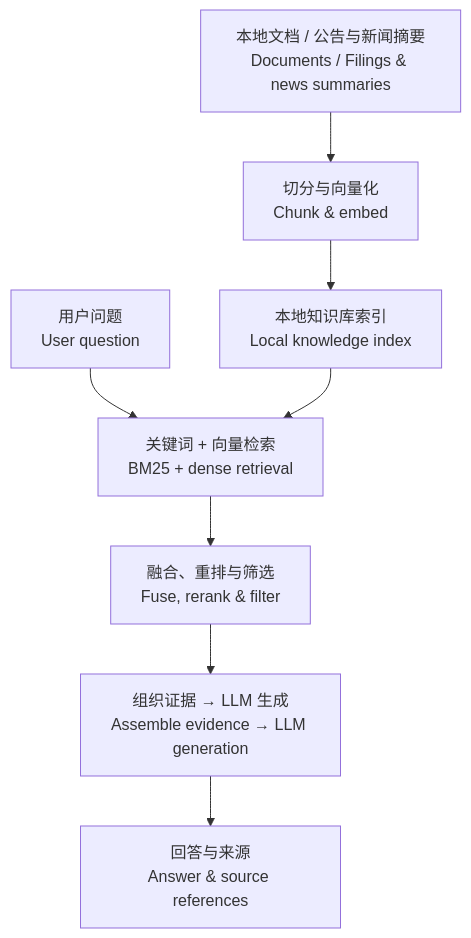
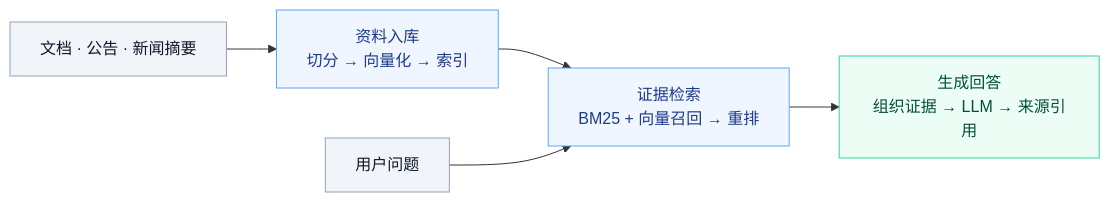
Before and after one commit to yang12345670/DeepSearch-Agent: the diagram in README.md, drawn with Mermaid. The commit also changed other lines of this file and 1 other file, not shown here.

````diff
--- a/README.md
+++ b/README.md
@@ -21,10 +39,14 @@
 ```mermaid
-flowchart TD
-    D["本地文档 / 公告与新闻摘要<br/>Documents / Filings & news summaries"] --> I["切分与向量化<br/>Chunk & embed"]
-    I --> K["本地知识库索引<br/>Local knowledge index"]
-    Q["用户问题<br/>User question"] --> R["关键词 + 向量检索<br/>BM25 + dense retrieval"]
-    K --> R
-    R --> F["融合、重排与筛选<br/>Fuse, rerank & filter"]
-    F --> L["组织证据 → LLM 生成<br/>Assemble evidence → LLM generation"]
-    L --> A["回答与来源<br/>Answer & source references"]
+flowchart LR
+    S["文档 · 公告 · 新闻摘要"] --> I["资料入库<br/>切分 → 向量化 → 索引"]
+    I --> R["证据检索<br/>BM25 + 向量召回 → 重排"]
+    Q["用户问题"] --> R
+    R --> A["生成回答<br/>组织证据 → LLM → 来源引用"]
+
+    classDef input fill:#f1f5f9,stroke:#94a3b8,color:#0f172a
+    classDef process fill:#eff6ff,stroke:#60a5fa,color:#1e3a8a
+    classDef output fill:#ecfdf5,stroke:#34d399,color:#064e3b
+    class S,Q input
+    class I,R process
+    class A output
 ```
````
